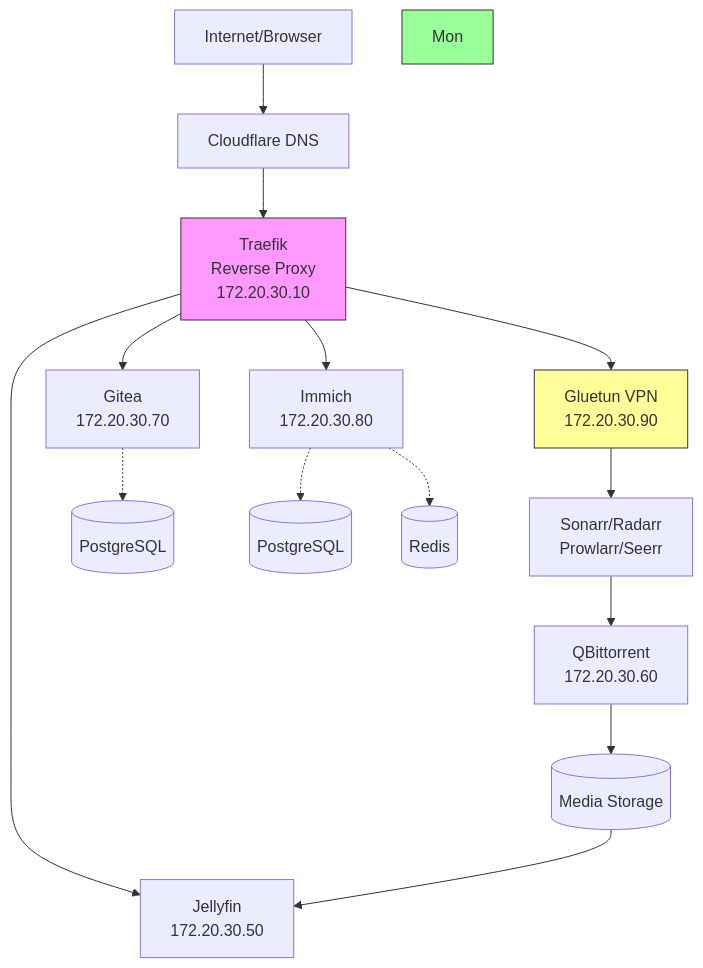
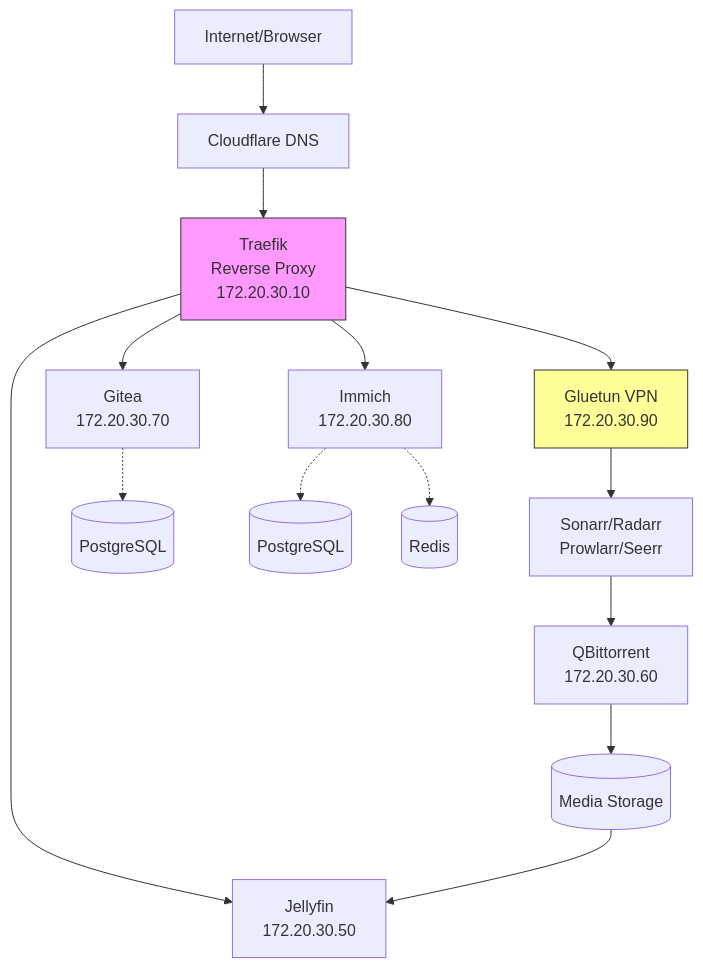
Before and after one commit to tubopo/compose-home-nas: the diagram in README.md, drawn with Mermaid.

Commit message:
Remove obsolete 'Mon' node style in README

````diff
--- a/README.md
+++ b/README.md
@@ -22,23 +22,22 @@
 ```mermaid
 graph TB
     Internet[Internet/Browser] --> CF[Cloudflare DNS]
     CF --> T[Traefik<br/>Reverse Proxy<br/>172.20.30.10]
     T --> Git[Gitea<br/>172.20.30.70]
     T --> Photos[Immich<br/>172.20.30.80]
     T --> Media[Jellyfin<br/>172.20.30.50]
     T --> VPN[Gluetun VPN<br/>172.20.30.90]
 
     VPN --> ARR[Sonarr/Radarr<br/>Prowlarr/Seerr]
 
     Git -.-> PG1[(PostgreSQL)]
     Photos -.-> PG2[(PostgreSQL)]
     Photos -.-> Redis[(Redis)]
 
     ARR --> DL[QBittorrent<br/>172.20.30.60]
     DL --> Storage[(Media Storage)]
     Storage --> Media
 
     style T fill:#f9f,stroke:#333
-    style Mon fill:#9f9,stroke:#333
     style VPN fill:#ff9,stroke:#333
 ```
````
